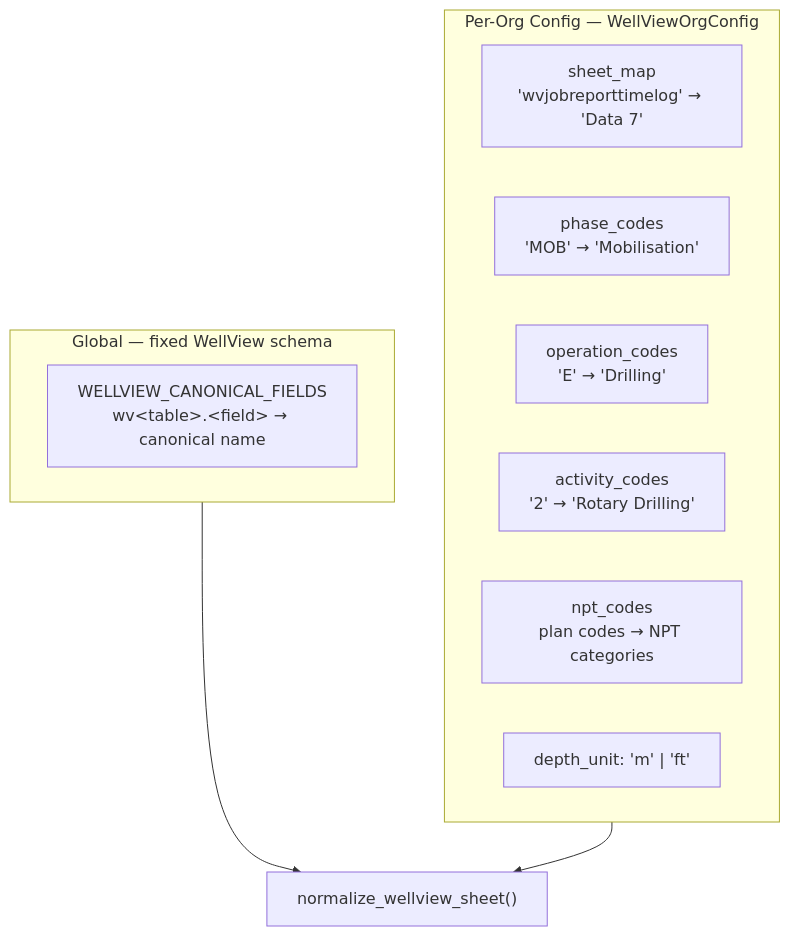
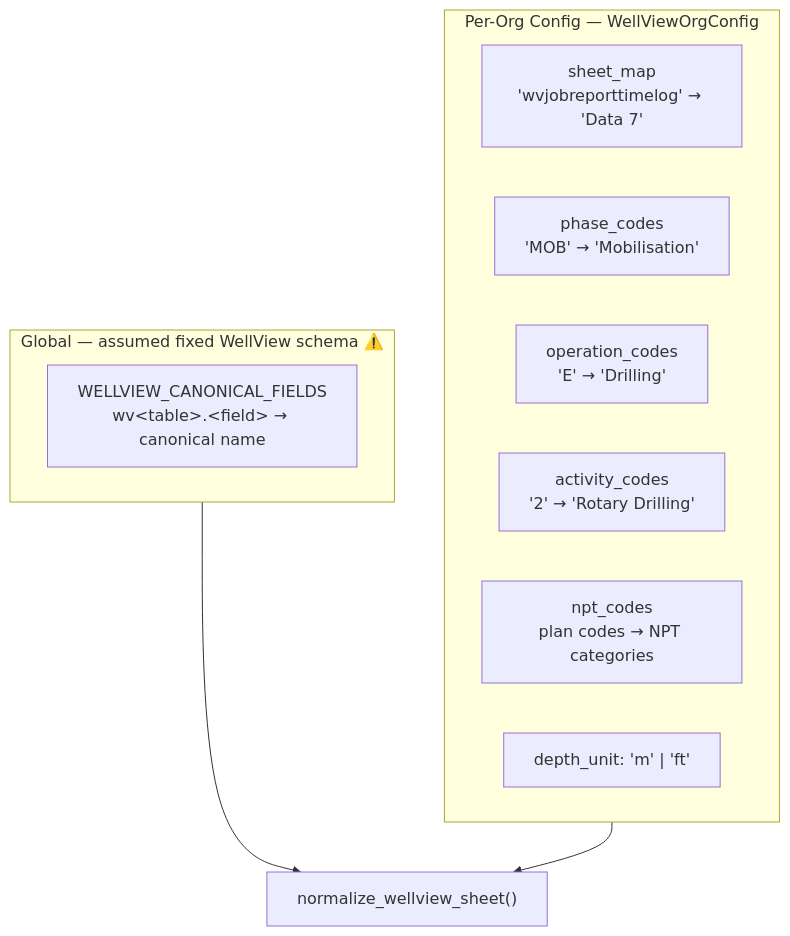
One commit to wiedersehne/Ida-arch changed the fourth of 10 diagrams in wellview_onboard.md. Above: the diagram before and after it, drawn with Mermaid. The commit also changed other lines of this file, not shown here.

````diff
--- a/wellview_onboard.md
+++ b/wellview_onboard.md
@@ -144,16 +140,16 @@
 ```mermaid
 flowchart TD
-    subgraph Global["Global — fixed WellView schema"]
+    subgraph Global["Global — assumed fixed WellView schema ⚠️"]
         G1["WELLVIEW_CANONICAL_FIELDS\nwv&lt;table&gt;.&lt;field&gt; → canonical name"]
     end
     subgraph OrgConfig["Per-Org Config — WellViewOrgConfig"]
         O1["sheet_map\n'wvjobreporttimelog' → 'Data 7'"]
         O2["phase_codes\n'MOB' → 'Mobilisation'"]
         O3["operation_codes\n'E' → 'Drilling'"]
         O4["activity_codes\n'2' → 'Rotary Drilling'"]
         O5["npt_codes\nplan codes → NPT categories"]
         O6["depth_unit: 'm' | 'ft'"]
     end
     Global --> Normalize["normalize_wellview_sheet()"]
     OrgConfig --> Normalize
 ```
````
